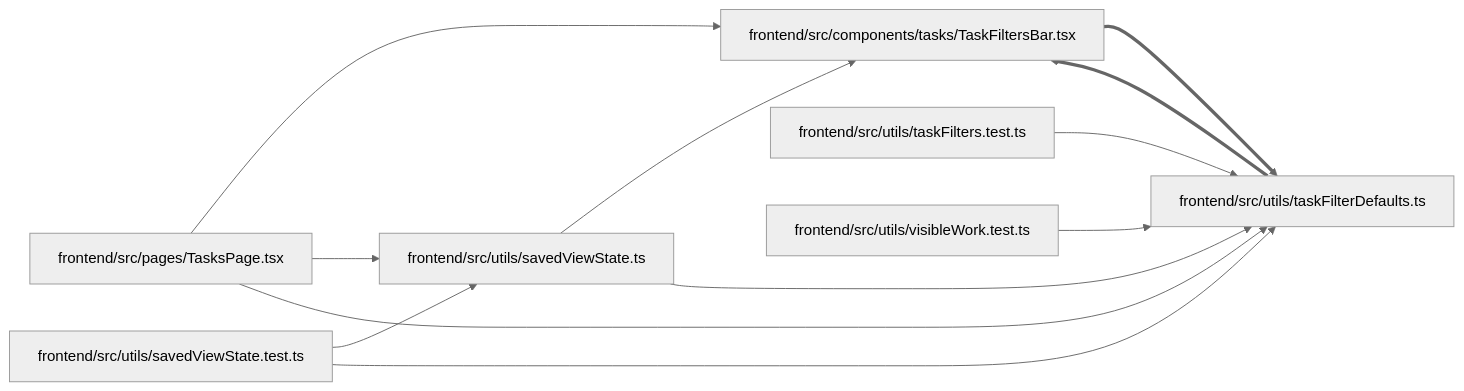
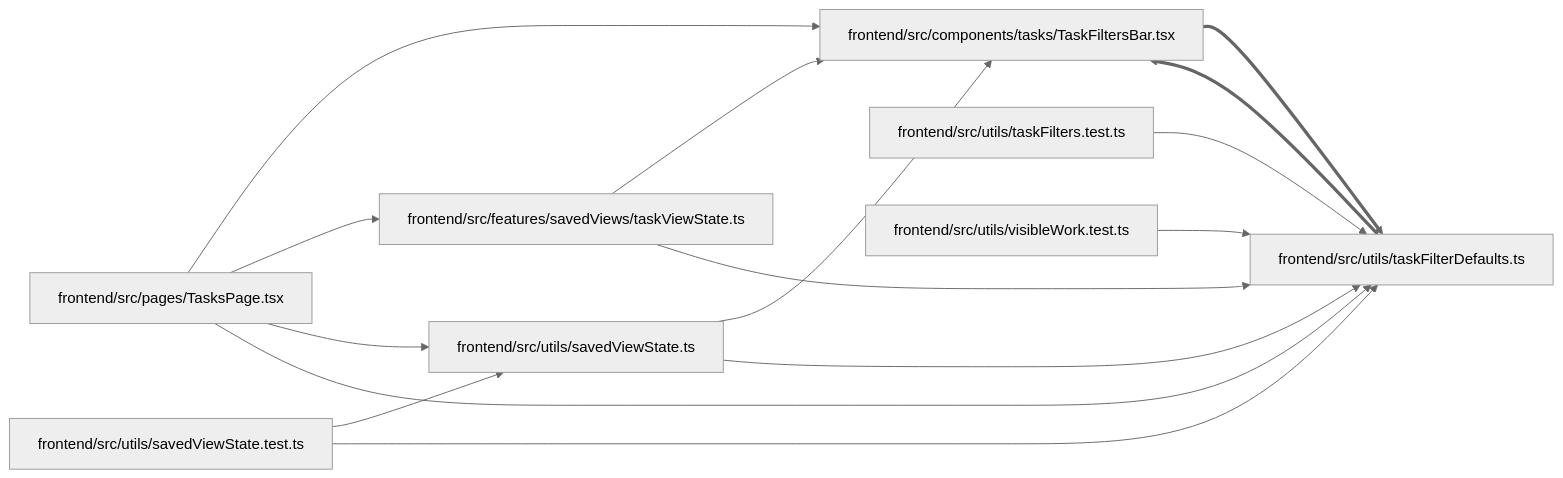
The diagram in docs/llm_wiki/modules/taskFilterDefaults.md (Denissvgn/WorkChord), drawn with Mermaid (neutral theme) before and after one commit. The commit also changed other lines of this file and 2509 other files, not shown here.

````diff
--- a/docs/llm_wiki/modules/taskFilterDefaults.md
+++ b/docs/llm_wiki/modules/taskFilterDefaults.md
@@ -26,28 +26,33 @@
 ```mermaid
 flowchart LR
     n0["frontend/src/components/tasks/TaskFiltersBar.tsx"]
-    n1["frontend/src/pages/TasksPage.tsx"]
-    n2["frontend/src/utils/savedViewState.test.ts"]
-    n3["frontend/src/utils/savedViewState.ts"]
-    n4["frontend/src/utils/taskFilterDefaults.ts"]
-    n5["frontend/src/utils/taskFilters.test.ts"]
-    n6["frontend/src/utils/visibleWork.test.ts"]
-    n0 ==> n4
+    n1["frontend/src/features/savedViews/taskViewState.ts"]
+    n2["frontend/src/pages/TasksPage.tsx"]
+    n3["frontend/src/utils/savedViewState.test.ts"]
+    n4["frontend/src/utils/savedViewState.ts"]
+    n5["frontend/src/utils/taskFilterDefaults.ts"]
+    n6["frontend/src/utils/taskFilters.test.ts"]
+    n7["frontend/src/utils/visibleWork.test.ts"]
+    n0 ==> n5
     n1 --> n0
-    n1 --> n3
-    n1 --> n4
-    n2 --> n3
+    n1 --> n5
+    n2 --> n0
+    n2 --> n1
     n2 --> n4
-    n3 --> n0
+    n2 --> n5
     n3 --> n4
-    n4 ==> n0
-    n5 --> n4
-    n6 --> n4
+    n3 --> n5
+    n4 --> n0
+    n4 --> n5
+    n5 ==> n0
+    n6 --> n5
+    n7 --> n5
     click n0 "../modules/TaskFiltersBar.md"
-    click n1 "../modules/TasksPage.md"
-    click n2 "../modules/savedViewState.test.md"
-    click n3 "../modules/savedViewState.md"
-    click n4 "../modules/taskFilterDefaults.md"
-    click n5 "../modules/taskFilters.test.md"
-    click n6 "../modules/visibleWork.test.md"
+    click n1 "../modules/taskViewState.md"
+    click n2 "../modules/TasksPage.md"
+    click n3 "../modules/savedViewState.test.md"
+    click n4 "../modules/savedViewState.md"
+    click n5 "../modules/taskFilterDefaults.md"
+    click n6 "../modules/taskFilters.test.md"
+    click n7 "../modules/visibleWork.test.md"
 ```
````
